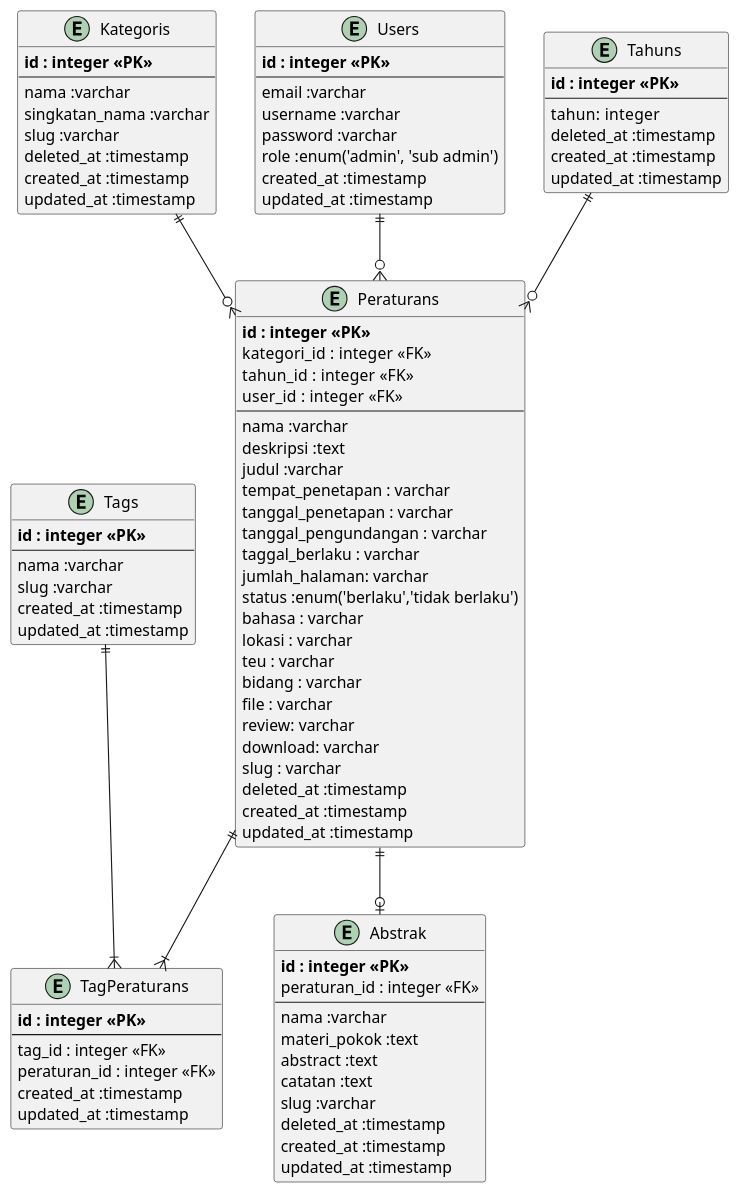
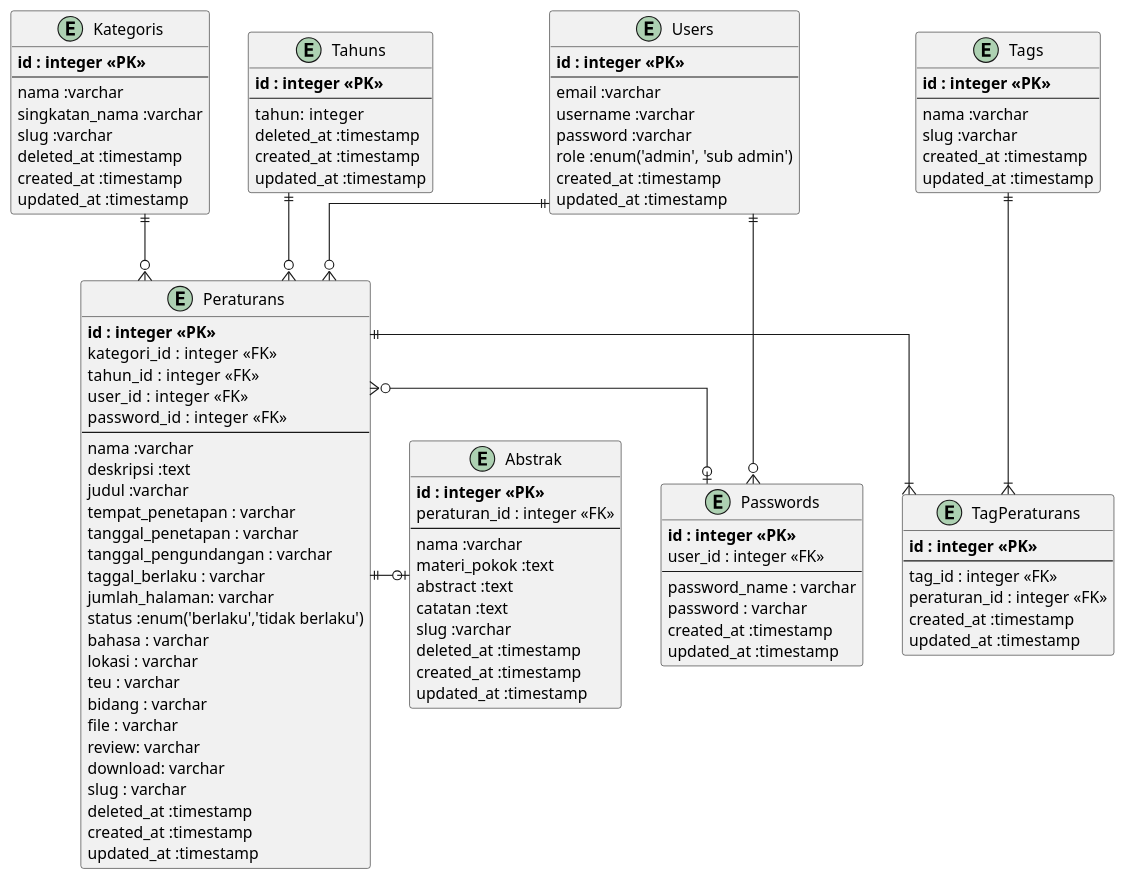
The diagram in desainDb.pu (MIRLANI/JDIH_App_11), drawn with PlantUML before and after one commit. The commit also changed 58 other files, not shown here.

```diff
--- a/desainDb.pu
+++ b/desainDb.pu
@@ -1,120 +1,133 @@
 @startuml JDIH FMIPA
-' skinparam linetype ortho
+skinparam linetype ortho
 
 
 entity Kategoris{
     **id : integer <<PK>>**
     --
     nama :varchar
     singkatan_nama :varchar
     slug :varchar
     deleted_at :timestamp
     created_at :timestamp
     updated_at :timestamp
 }
 
 entity Peraturans{
     **id : integer <<PK>>**
     kategori_id :  integer <<FK>>
     ' sumber_id :  integer <<FK>>
     tahun_id :  integer <<FK>>
     user_id :  integer <<FK>>
+    password_id :  integer <<FK>>
     --
     nama :varchar
     deskripsi :text
     judul :varchar
     tempat_penetapan : varchar
     tanggal_penetapan : varchar
     tanggal_pengundangan : varchar
     taggal_berlaku : varchar
     jumlah_halaman: varchar
     status :enum('berlaku','tidak berlaku')
     bahasa : varchar
     lokasi : varchar
     teu : varchar
     bidang : varchar
     file : varchar
     review: varchar
     download: varchar
     slug : varchar
     deleted_at :timestamp
     created_at :timestamp
     updated_at :timestamp
 }
 
 
 entity TagPeraturans{
     **id : integer <<PK>>**
     --
     tag_id : integer <<FK>>
     peraturan_id : integer <<FK>>
     created_at :timestamp
     updated_at :timestamp
 }
 
 entity Tags{
     **id : integer <<PK>>**
     --
     nama :varchar
     slug :varchar
     created_at :timestamp
     updated_at :timestamp
 }
 
 
 
 entity Abstrak{
     **id : integer <<PK>>**
     peraturan_id : integer <<FK>>
     --
     nama :varchar
     materi_pokok :text
     abstract :text
     catatan :text
     slug :varchar
     deleted_at :timestamp
     created_at :timestamp
     updated_at :timestamp
 }
 
-' entity Sumber{
-    '     **id : integer <<PK>>**
-    '     --
-    '     nama :varchar
-    '     slug :varchar
-    '
+' entity Sumbers{
+'         **id : integer <<PK>>**
+'         user_id : integer <<FK>>
+'         --
+'         nama :varchar
+'         slug :varchar
+'         created_at :timestamp
+'         updated_at :timestamp    
 ' }
 
 entity Users{
     **id : integer <<PK>>**
     --
     email :varchar
     username :varchar
     password :varchar
     role :enum('admin', 'sub admin')
     created_at :timestamp
     updated_at :timestamp
 }
 
 entity Tahuns{
     **id : integer <<PK>>**
     --
     tahun:  integer
     deleted_at :timestamp
     created_at :timestamp
     updated_at :timestamp
 }
 
+entity Passwords{
+    **id : integer <<PK>>**
+    user_id : integer <<FK>>
+    --
+    password_name : varchar
+    password : varchar
+    created_at :timestamp
+    updated_at :timestamp
+}
+
+Peraturans}o-o|Passwords
+Users||-o{Passwords
+Peraturans ||-o|Abstrak
+Peraturans ||-|{TagPeraturans
+Tags ||--|{TagPeraturans
 
 Users||--o{Peraturans
 Tahuns||--o{Peraturans
 
 Kategoris||--o{Peraturans
-            ' Sumber||--o{
-' Peraturans
-Peraturans ||--|{TagPeraturans
-Tags ||--|{TagPeraturans
-Peraturans ||--o|Abstrak
 
 
 @enduml
```
